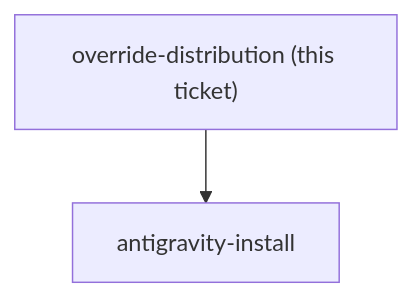
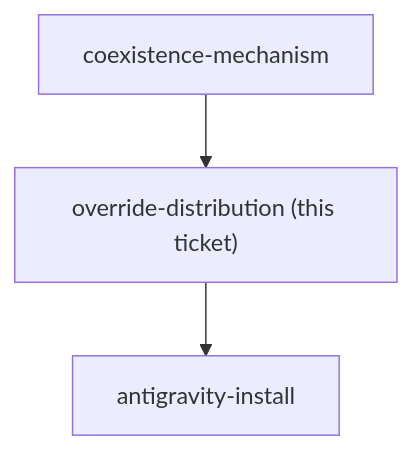
The diagram in docs/decision-map/superpowers-review-to-scrutinize/tickets/override-distribution.md (ThodsaphonSonthiphin/workflow-daily-work), drawn with Mermaid before and after one commit. The commit also changed other lines of this file and 7 other files, not shown here.

````diff
--- a/docs/decision-map/superpowers-review-to-scrutinize/tickets/override-distribution.md
+++ b/docs/decision-map/superpowers-review-to-scrutinize/tickets/override-distribution.md
@@ -12,5 +12,6 @@
 ```mermaid
 graph TD
     ME["override-distribution (this ticket)"]
+    P0["coexistence-mechanism"] --> ME
     ME --> C0["antigravity-install"]
 ```
````
